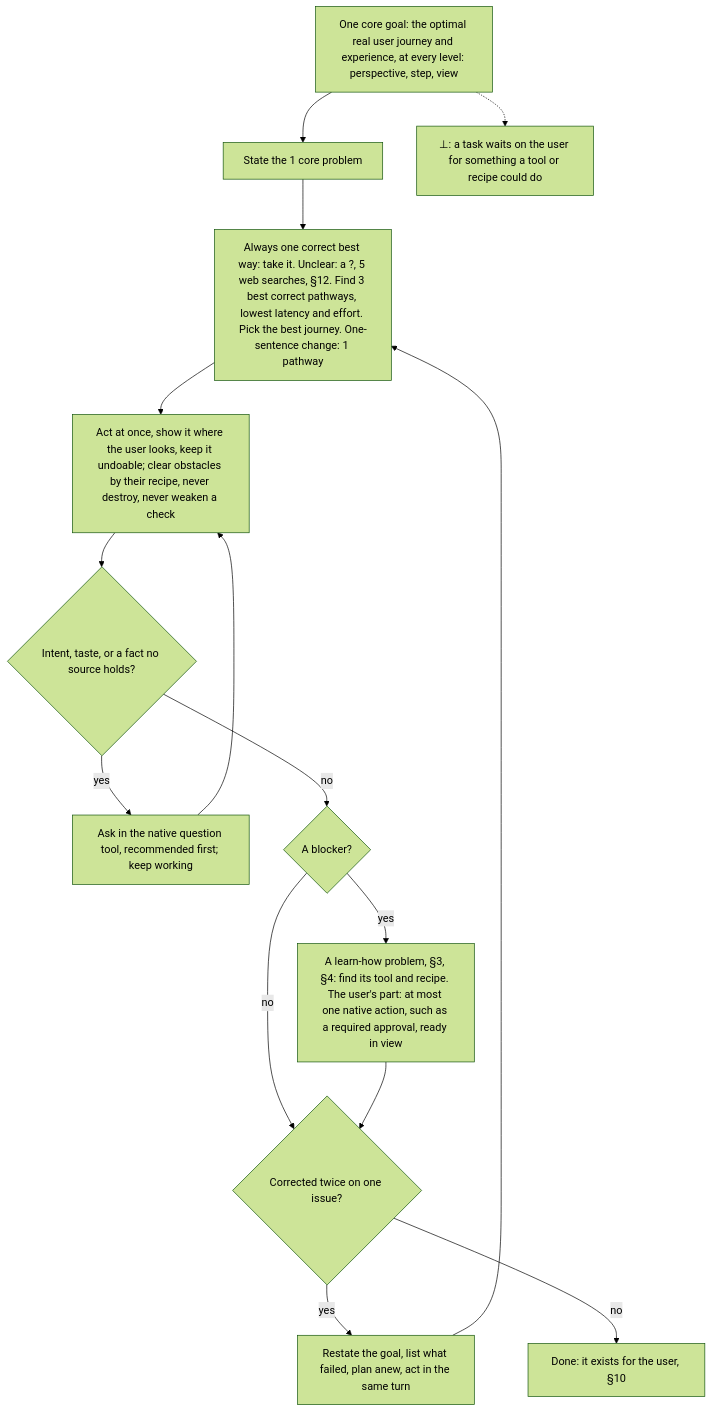
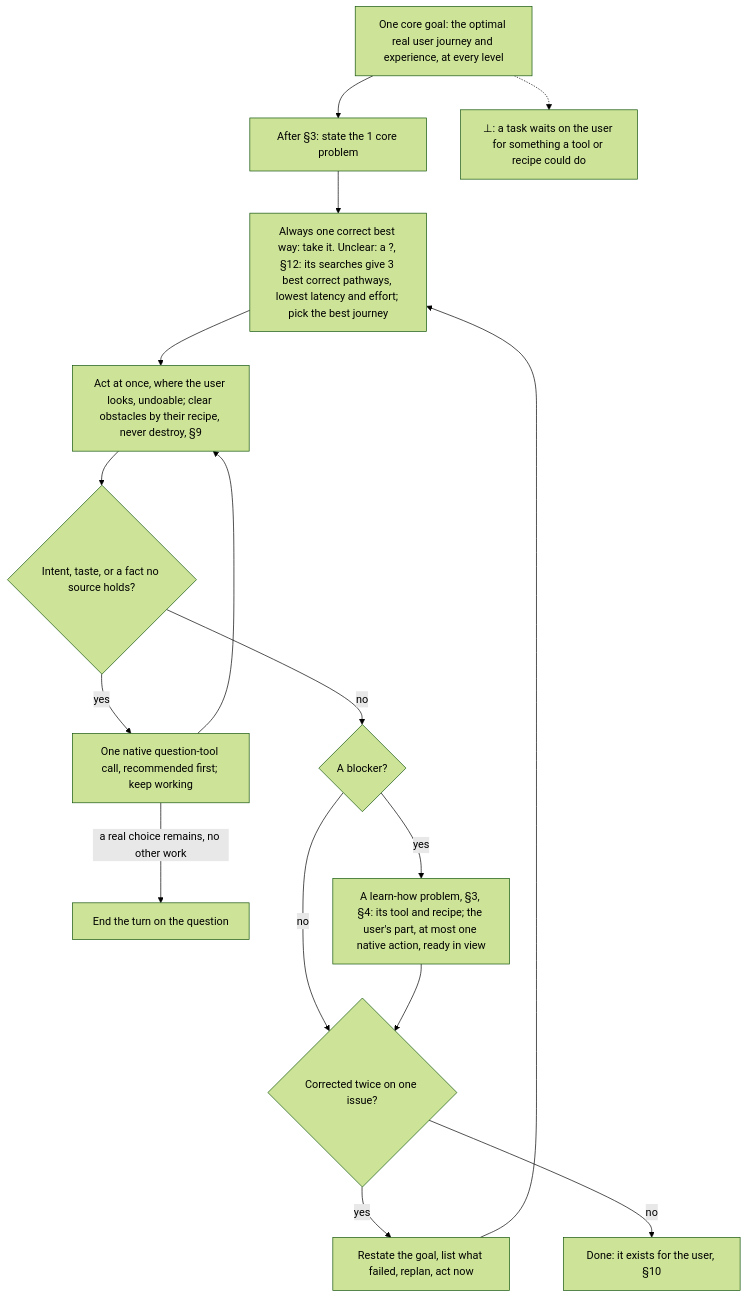
The ninth of 14 diagrams in AGENTS.md (SolenixAI/arbiter), drawn with Mermaid (forest theme) before and after one commit. The commit also changed other lines of this file and 5 other files, not shown here.

First line of the commit message:
feat(agents): root v2, every token earns its place, 0 contradictions with 5:0 (#52)

````diff
--- a/AGENTS.md
+++ b/AGENTS.md
@@ -439,14 +344,15 @@
 ```mermaid
 flowchart TD
-  G["One core goal: the optimal real user journey and experience, at every level: perspective, step, view"] --> P1["State the 1 core problem"]
-  P1 --> T["Always one correct best way: take it. Unclear: a ?, 5 web searches, §12. Find 3 best correct pathways, lowest latency and effort. Pick the best journey. One-sentence change: 1 pathway"]
-  T --> X["Act at once, show it where the user looks, keep it undoable; clear obstacles by their recipe, never destroy, never weaken a check"]
+  G["One core goal: the optimal real user journey and experience, at every level"] --> P1["After §3: state the 1 core problem"]
+  P1 --> T["Always one correct best way: take it. Unclear: a ?, §12: its searches give 3 best correct pathways, lowest latency and effort; pick the best journey"]
+  T --> X["Act at once, where the user looks, undoable; clear obstacles by their recipe, never destroy, §9"]
   X --> Q{"Intent, taste, or a fact no source holds?"}
-  Q -->|yes| W["Ask in the native question tool, recommended first; keep working"] --> X
+  Q -->|yes| W["One native question-tool call, recommended first; keep working"] --> X
+  W -->|a real choice remains, no other work| E["End the turn on the question"]
   Q -->|no| TL{"A blocker?"}
   TL -->|no| K{Corrected twice on one issue?}
-  TL -->|yes| TM["A learn-how problem, §3, §4: find its tool and recipe. The user's part: at most one native action, such as a required approval, ready in view"] --> K
-  K -->|yes| Z["Restate the goal, list what failed, plan anew, act in the same turn"] --> T
+  TL -->|yes| TM["A learn-how problem, §3, §4: its tool and recipe; the user's part, at most one native action, ready in view"] --> K
+  K -->|yes| Z["Restate the goal, list what failed, replan, act now"] --> T
   K -->|no| D["Done: it exists for the user, §10"]
   G -.-> BOT["⊥: a task waits on the user for something a tool or recipe could do"]
 ```
````
